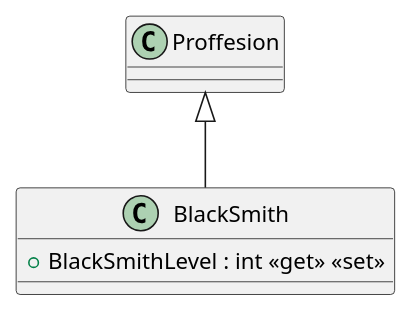
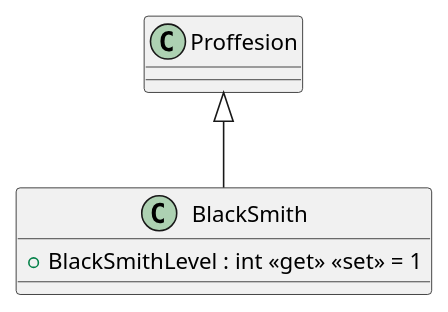
The diagram in UmlSchemas/Models/Professions/BlackSmith.puml (kollibroman/ColonySimulator), drawn with PlantUML before and after one commit. The commit also changed 20 other files, not shown here.

Commit message:
Change object schema and add startup class

```diff
--- a/UmlSchemas/Models/Professions/BlackSmith.puml
+++ b/UmlSchemas/Models/Professions/BlackSmith.puml
@@ -1,6 +1,6 @@
 @startuml
 class BlackSmith {
-    + BlackSmithLevel : int <<get>> <<set>>
+    + BlackSmithLevel : int <<get>> <<set>> = 1
 }
 Proffesion <|-- BlackSmith
 @enduml
```
